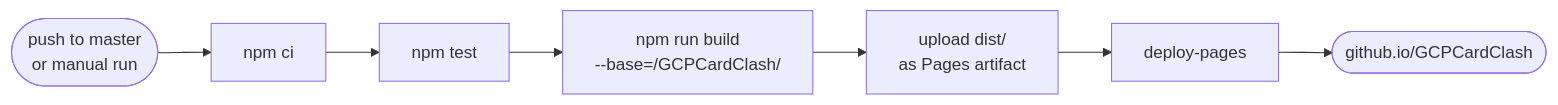
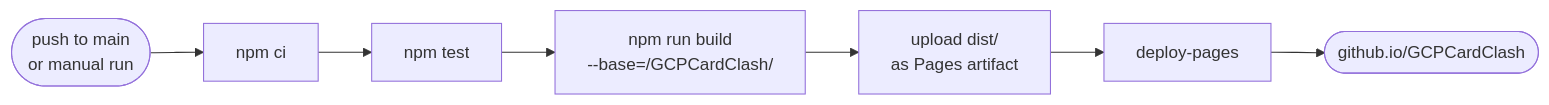
One commit to joshuansu0897/GCPCardClash changed the diagram in docs/DEPLOYMENT.md. Above: the diagram before and after it, drawn with Mermaid. The commit also changed other lines of this file and 2 other files, not shown here.

Commit message:
ci: deploy GitHub Pages from main after the master -> main rename

````diff
--- a/docs/DEPLOYMENT.md
+++ b/docs/DEPLOYMENT.md
@@ -9,9 +9,9 @@
 ```mermaid
 flowchart LR
-  push(["push to master<br/>or manual run"]) --> ci["npm ci"]
+  push(["push to main<br/>or manual run"]) --> ci["npm ci"]
   ci --> test["npm test"]
   test --> build["npm run build<br/>--base=/GCPCardClash/"]
   build --> upload["upload dist/<br/>as Pages artifact"]
   upload --> deploy["deploy-pages"]
   deploy --> live(["github.io/GCPCardClash"])
 ```
````
